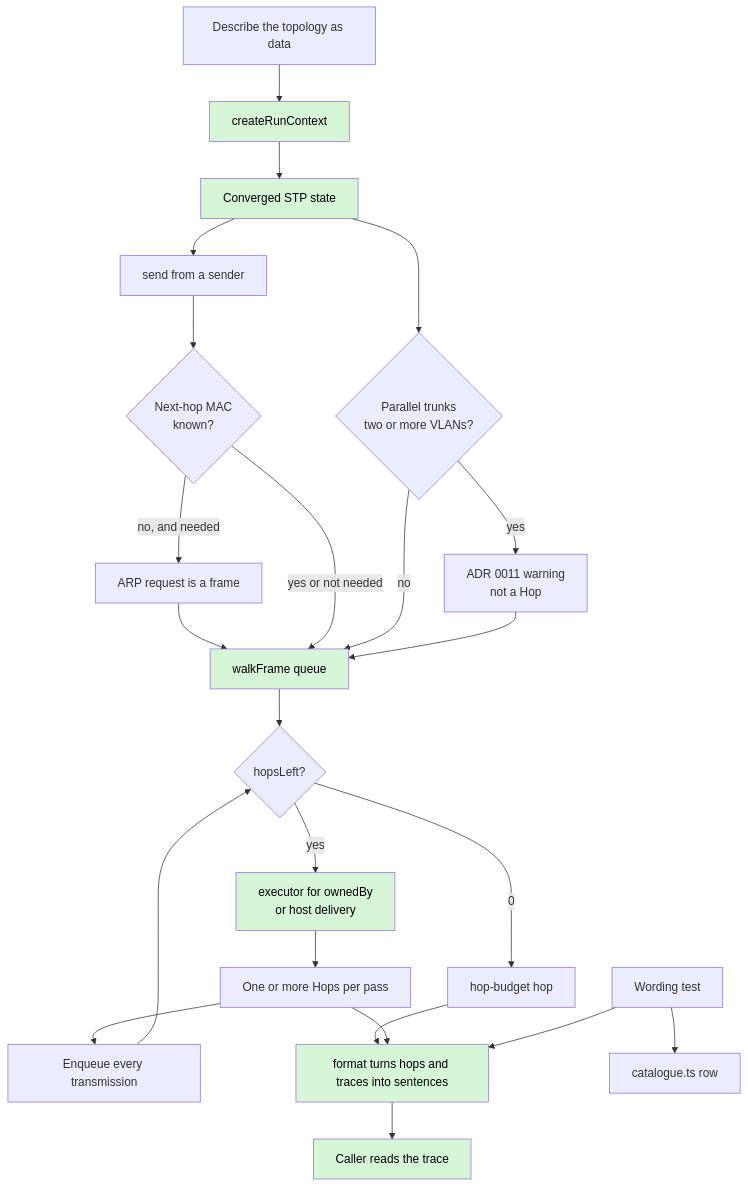
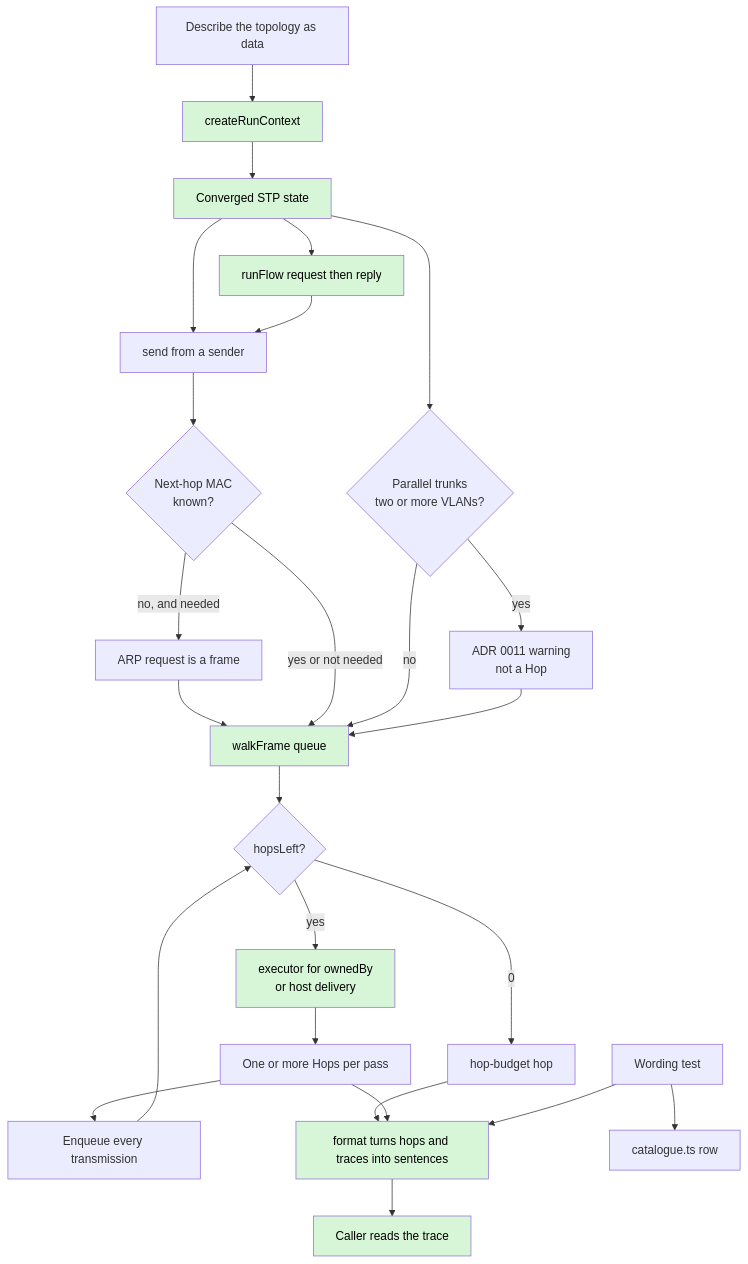
One commit to alanfong93/network-sandbox changed the diagram in docs/system_flow.md. Above: the diagram before and after it, drawn with Mermaid. The commit also changed other lines of this file and 7 other files, not shown here.

First line of the commit message:
feat: flow driver for request and reply (#7) (#21)

````diff
--- a/docs/system_flow.md
+++ b/docs/system_flow.md
@@ -10,31 +11,34 @@
 ```mermaid
 flowchart TD
     A[Describe the topology as data] --> C[createRunContext]
     C --> D[Converged STP state]
     D --> S[send from a sender]
+    D --> FL[runFlow request then reply]
+    FL --> S
     S --> P{Next-hop MAC<br>known?}
     P -->|no, and needed| AR[ARP request is a frame]
     AR --> Q[walkFrame queue]
     P -->|yes or not needed| Q
     D --> W{Parallel trunks<br>two or more VLANs?}
     W -->|yes| X[ADR 0011 warning<br>not a Hop]
     W -->|no| Q
     X --> Q
     Q --> B{hopsLeft?}
     B -->|0| Z[hop-budget hop]
     B -->|yes| E[executor for ownedBy<br>or host delivery]
     E --> F[One or more Hops per pass]
     F --> T[Enqueue every transmission]
     T --> B
     Z --> G[format turns hops and traces into sentences]
     F --> G
     G --> H[Caller reads the trace]
     I[Wording test] --> G
     I --> J[catalogue.ts row]
     style C fill:#d7f5d7,color:#000
     style D fill:#d7f5d7,color:#000
     style E fill:#d7f5d7,color:#000
     style Q fill:#d7f5d7,color:#000
     style G fill:#d7f5d7,color:#000
     style H fill:#d7f5d7,color:#000
+    style FL fill:#d7f5d7,color:#000
 ```
````
